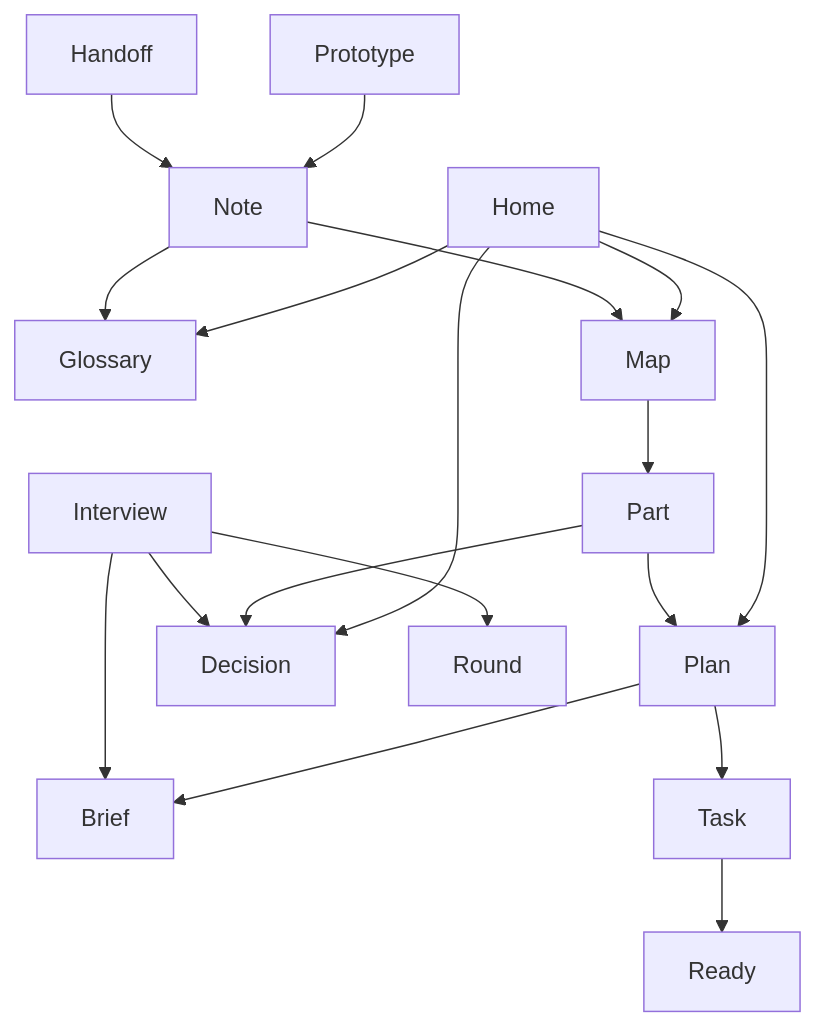
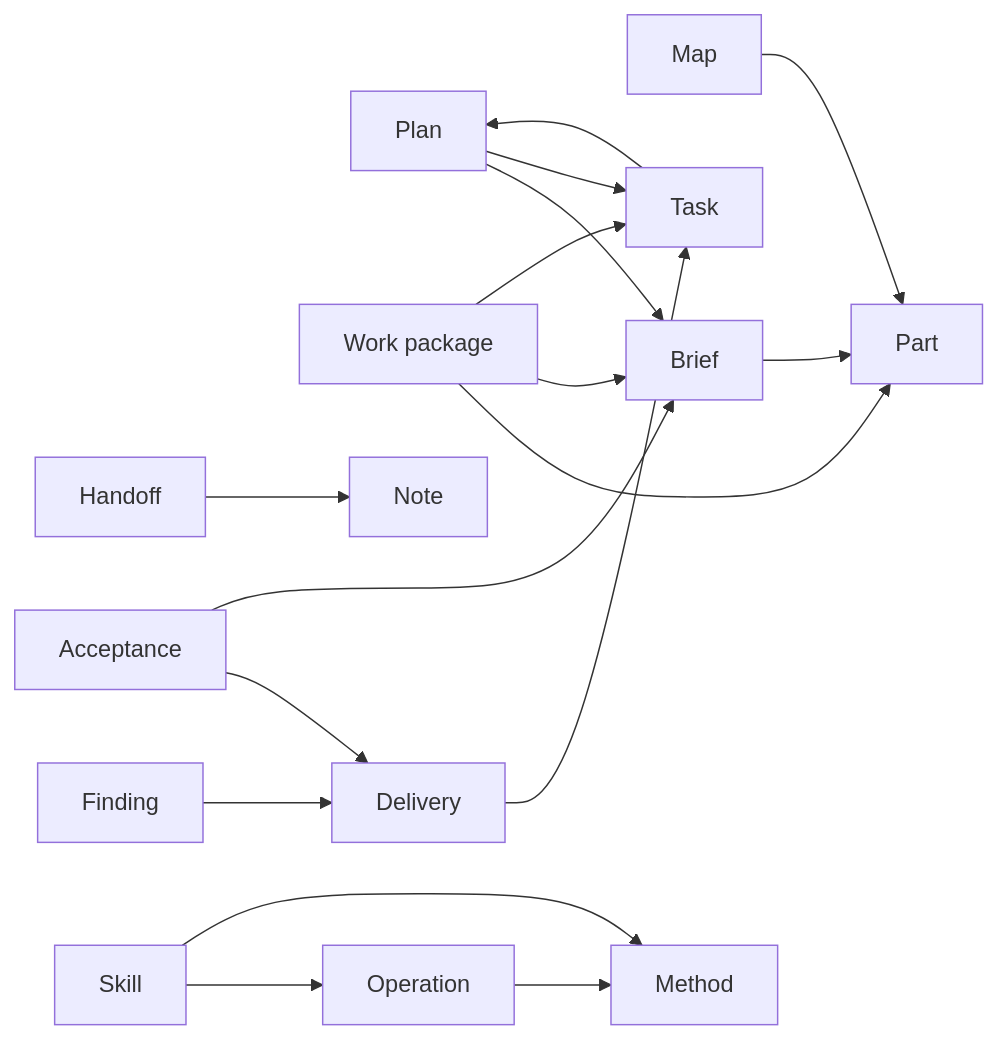
Before and after one commit to somethingdarkside1/atlas-skills: the diagram in GLOSSARY.md, drawn with Mermaid. The commit also changed other lines of this file and 120 other files, not shown here.

````diff
--- a/GLOSSARY.md
+++ b/GLOSSARY.md
@@ -15,20 +15,19 @@
 ```mermaid
-flowchart TB
-  Home --> Glossary
-  Home --> Map
-  Home --> Plan
-  Home --> Decision
+flowchart LR
   Map --> Part
-  Part --> Plan
-  Part --> Decision
   Plan --> Brief
   Plan --> Task
-  Task --> Ready
-  Interview --> Round
-  Interview --> Brief
-  Interview --> Decision
-  Prototype --> Note
+  Package["Work package"] --> Part
+  Package --> Brief
+  Package --> Task
+  Brief --> Part
+  Task --> Plan
+  Delivery --> Task
+  Acceptance --> Delivery
+  Acceptance --> Brief
+  Finding --> Delivery
   Handoff --> Note
-  Note --> Glossary
-  Note --> Map
+  Operation --> Method
+  Skill --> Operation
+  Skill --> Method
 ```
````
